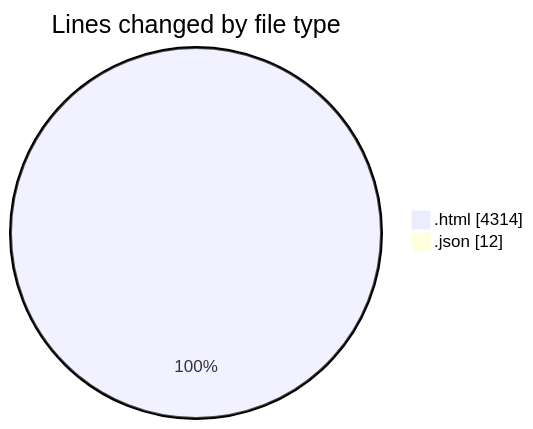
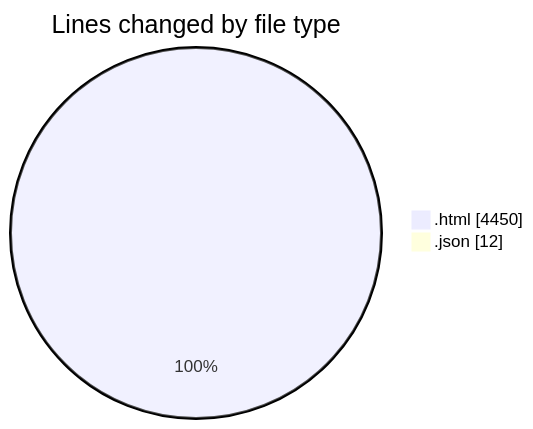
One commit to momahboobian/code-tracking changed the first of 2 diagrams in 2026-05-21/pdf_invoice/README.md. Above: the diagram before and after it, drawn with Mermaid. The commit also changed other lines of this file and 1 other file, not shown here.

````diff
--- a/2026-05-21/pdf_invoice/README.md
+++ b/2026-05-21/pdf_invoice/README.md
@@ -26,6 +26,6 @@
 ```mermaid
 pie showData
 title Lines changed by file type
-".html" : 4314
+".html" : 4450
 ".json" : 12
 ```
````
